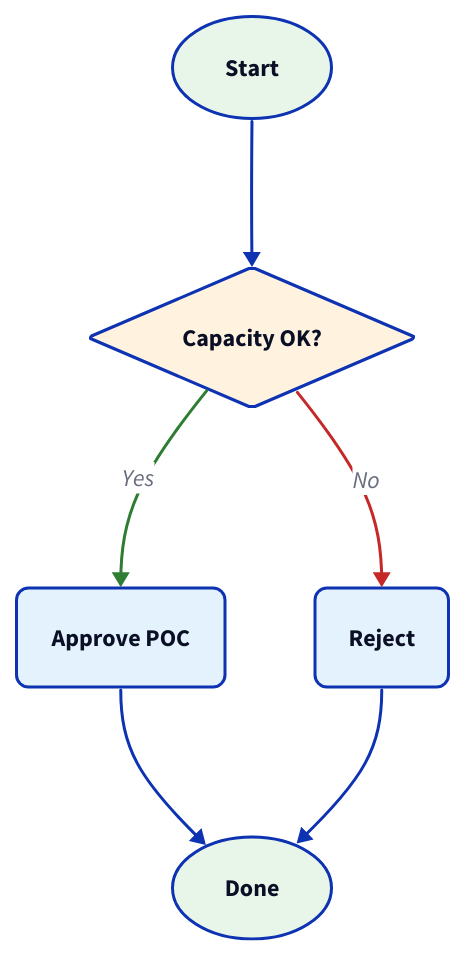
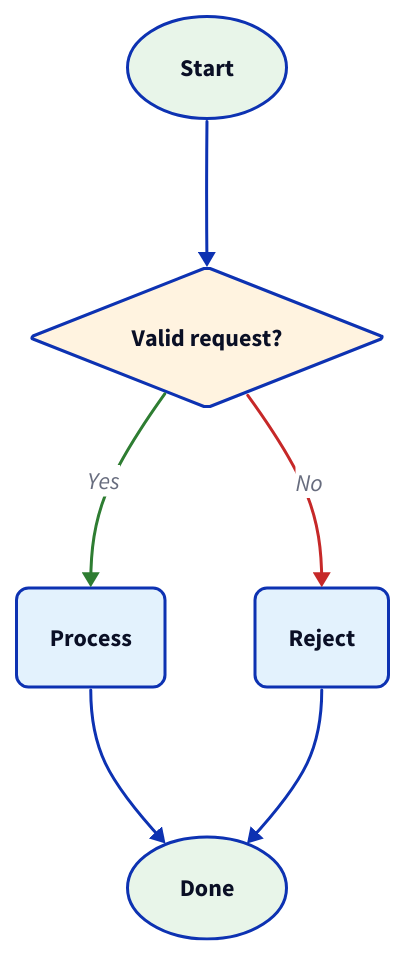
The tenth of 10 diagrams in .claude/skills/d2-diagram/SKILL.md (tammersaleh/dotfiles-public), drawn with D2 before and after one commit. The commit also changed other lines of this file, not shown here.

First line of the commit message:
fix(d2-diagram): strip employer-specific examples from public skill

````diff
--- a/.claude/skills/d2-diagram/SKILL.md
+++ b/.claude/skills/d2-diagram/SKILL.md
@@ -202,19 +202,19 @@
 ```d2
 classes: {
   decision: {shape: diamond; style.fill: "#fff3e0"}
   action:   {style.fill: "#e3f2fd"; style.border-radius: 8}
   terminal: {shape: oval; style.fill: "#e8f5e9"}
 }
 
 start: Start {class: terminal}
-check: Capacity OK? {class: decision}
-approve: Approve POC {class: action}
+check: Valid request? {class: decision}
+accept: Process {class: action}
 reject: Reject {class: action}
 done: Done {class: terminal}
 
 start -> check
-check -> approve: Yes {style.stroke: "#2e7d32"}
+check -> accept: Yes {style.stroke: "#2e7d32"}
 check -> reject: No  {style.stroke: "#c62828"}
-approve -> done
+accept -> done
 reject -> done
 ```
````
